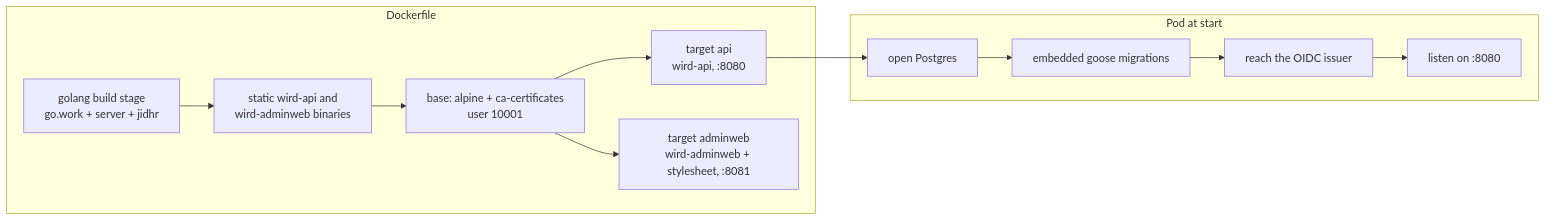
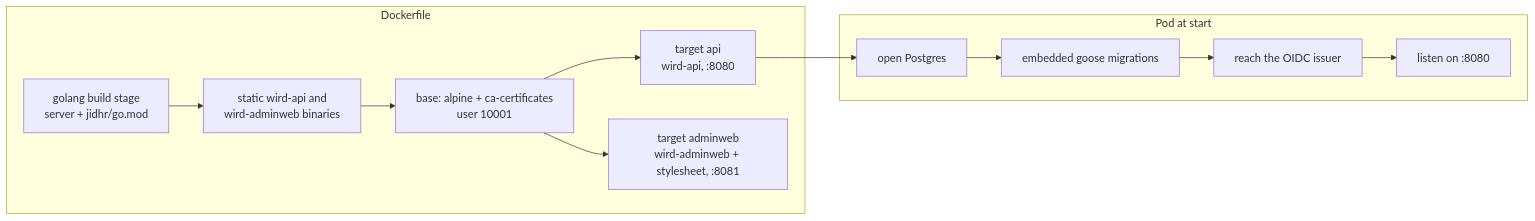
Before and after one commit to MohammadBnei/wird: the fourth of 4 diagrams in docs/architecture/deploy.md, drawn with Mermaid. The commit also changed other lines of this file and 19 other files, not shown here.

First line of the commit message:
build: stop depending on a committed go.work (#54)

````diff
--- a/docs/architecture/deploy.md
+++ b/docs/architecture/deploy.md
@@ -81,13 +81,13 @@
 ```mermaid
 flowchart LR
   subgraph image["Dockerfile"]
-    b["golang build stage<br/>go.work + server + jidhr"] --> bin["static wird-api and<br/>wird-adminweb binaries"]
+    b["golang build stage<br/>server + jidhr/go.mod"] --> bin["static wird-api and<br/>wird-adminweb binaries"]
     bin --> base["base: alpine + ca-certificates<br/>user 10001"]
     base --> a["target api<br/>wird-api, :8080"]
     base --> aw["target adminweb<br/>wird-adminweb + stylesheet, :8081"]
   end
   subgraph pod["Pod at start"]
     s["open Postgres"] --> m["embedded goose migrations"] --> o["reach the OIDC issuer"] --> l["listen on :8080"]
   end
   a --> s
 ```
````
